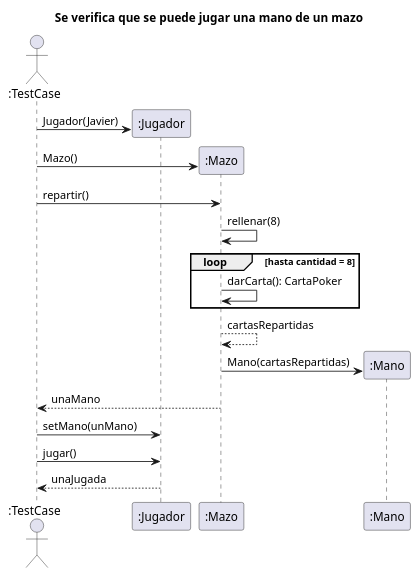
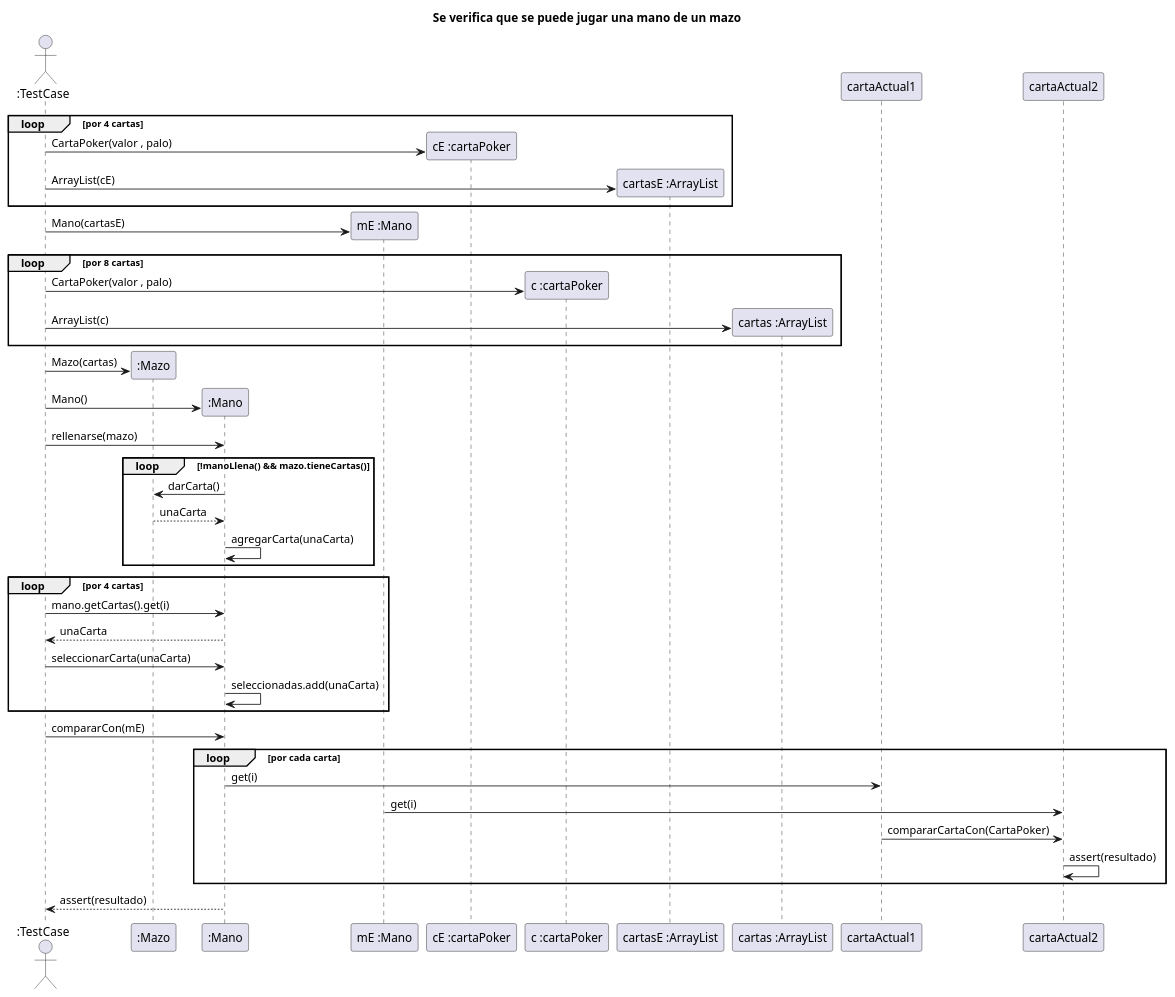
One commit to carruizdiaz1109/UBAlatro changed the diagram in diagrams/sequences/Entrega1/test03.puml. Above: the diagram before and after it, drawn with PlantUML.

Commit message:
+diagramaSecuencia test03

```diff
--- a/diagrams/sequences/Entrega1/test03.puml
+++ b/diagrams/sequences/Entrega1/test03.puml
@@ -1,24 +1,54 @@
 @startuml
 'https://plantuml.com/sequence-diagram
 
 title Se verifica que se puede jugar una mano de un mazo
 
 actor ":TestCase" as user
-participant ":Jugador" as jugador
 participant ":Mazo" as mazo
 participant ":Mano" as mano
+participant "mE :Mano" as manoE
+participant "cE :cartaPoker" as cartaE
+participant "c :cartaPoker" as carta
+participant "cartasE :ArrayList" as listaE
+participant "cartas :ArrayList" as lista
 
-user -> jugador**: Jugador(Javier)
-user -> mazo**: Mazo()
-user -> mazo: repartir()
-    mazo -> mazo: rellenar(8)
-                loop hasta cantidad = 8
-                    mazo -> mazo: darCarta(): CartaPoker
-                end
-    mazo --> mazo: cartasRepartidas
-    mazo -> mano**: Mano(cartasRepartidas)
-mazo --> user: unaMano
-user -> jugador: setMano(unMano)
-user -> jugador: jugar()
-jugador --> user: unaJugada
+loop por 4 cartas
+    user -> cartaE**: CartaPoker(valor , palo)
+    user -> listaE**: ArrayList(cE)
+end
+
+user -> manoE**: Mano(cartasE)
+
+loop por 8 cartas
+    user -> carta**: CartaPoker(valor , palo)
+    user -> lista**: ArrayList(c)
+end
+
+user -> mazo**: Mazo(cartas)
+
+user -> mano**: Mano()
+user -> mano: rellenarse(mazo)
+
+loop !manoLlena() && mazo.tieneCartas()
+    mano -> mazo: darCarta()
+    mazo --> mano: unaCarta
+    mano -> mano: agregarCarta(unaCarta)
+end
+
+loop por 4 cartas
+    user -> mano: mano.getCartas().get(i)
+    mano --> user: unaCarta
+
+    user -> mano: seleccionarCarta(unaCarta)
+    mano -> mano: seleccionadas.add(unaCarta)
+end
+
+user -> mano: compararCon(mE)
+loop por cada carta
+    mano -> cartaActual1: get(i)
+    manoE -> cartaActual2: get(i)
+    cartaActual1 -> cartaActual2: compararCartaCon(CartaPoker)
+    cartaActual2 -> cartaActual2: assert(resultado)
+end
+mano --> user: assert(resultado)
 @enduml
```
